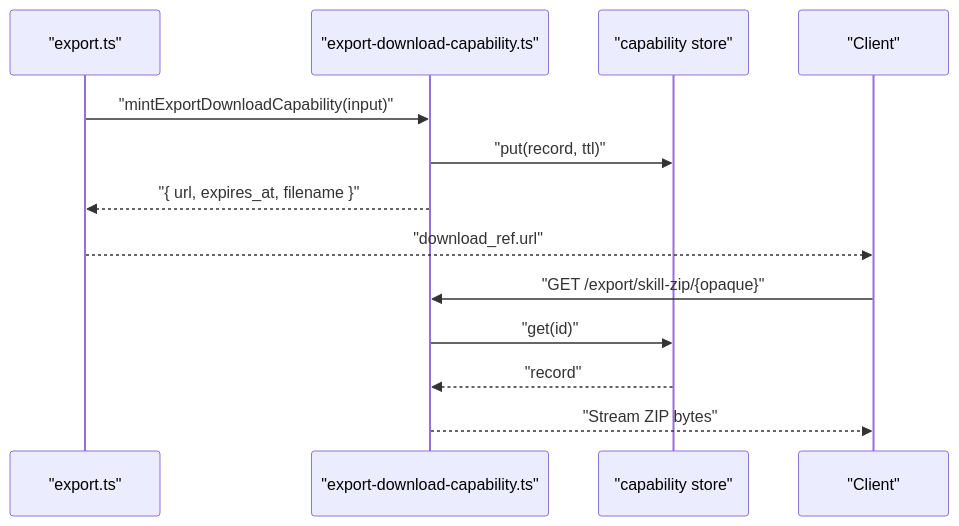
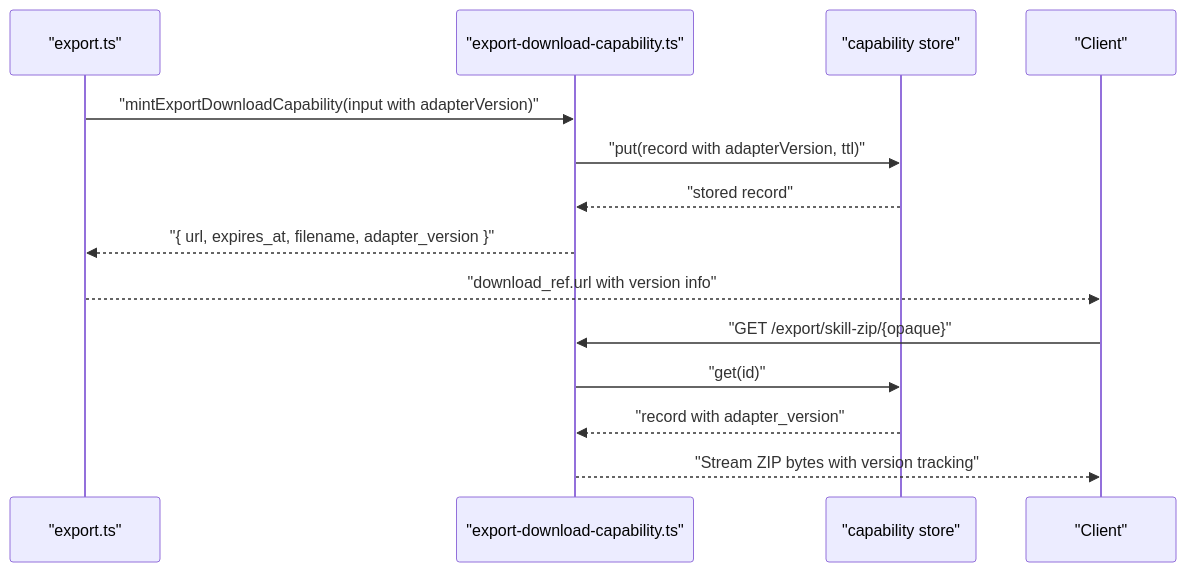
One commit to debian777/kairos-mcp changed the eighth of 10 diagrams in .qoder/repowiki/en/content/MCP Protocol Tools/Export Tool.md. Above: the diagram before and after it, drawn with Mermaid. The commit also changed other lines of this file and 16 other files, not shown here.

````diff
--- a/.qoder/repowiki/en/content/MCP Protocol Tools/Export Tool.md
+++ b/.qoder/repowiki/en/content/MCP Protocol Tools/Export Tool.md
@@ -375,15 +410,16 @@
 ```mermaid
 sequenceDiagram
 participant Tool as "export.ts"
 participant Cap as "export-download-capability.ts"
 participant Store as "capability store"
 participant Client as "Client"
-Tool->>Cap : "mintExportDownloadCapability(input)"
-Cap->>Store : "put(record, ttl)"
-Cap-->>Tool : "{ url, expires_at, filename }"
-Tool-->>Client : "download_ref.url"
+Tool->>Cap : "mintExportDownloadCapability(input with adapterVersion)"
+Cap->>Store : "put(record with adapterVersion, ttl)"
+Store-->>Cap : "stored record"
+Cap-->>Tool : "{ url, expires_at, filename, adapter_version }"
+Tool-->>Client : "download_ref.url with version info"
 Client->>Cap : "GET /export/skill-zip/{opaque}"
 Cap->>Store : "get(id)"
-Store-->>Cap : "record"
-Cap-->>Client : "Stream ZIP bytes"
+Store-->>Cap : "record with adapter_version"
+Cap-->>Client : "Stream ZIP bytes with version tracking"
 ```
````
